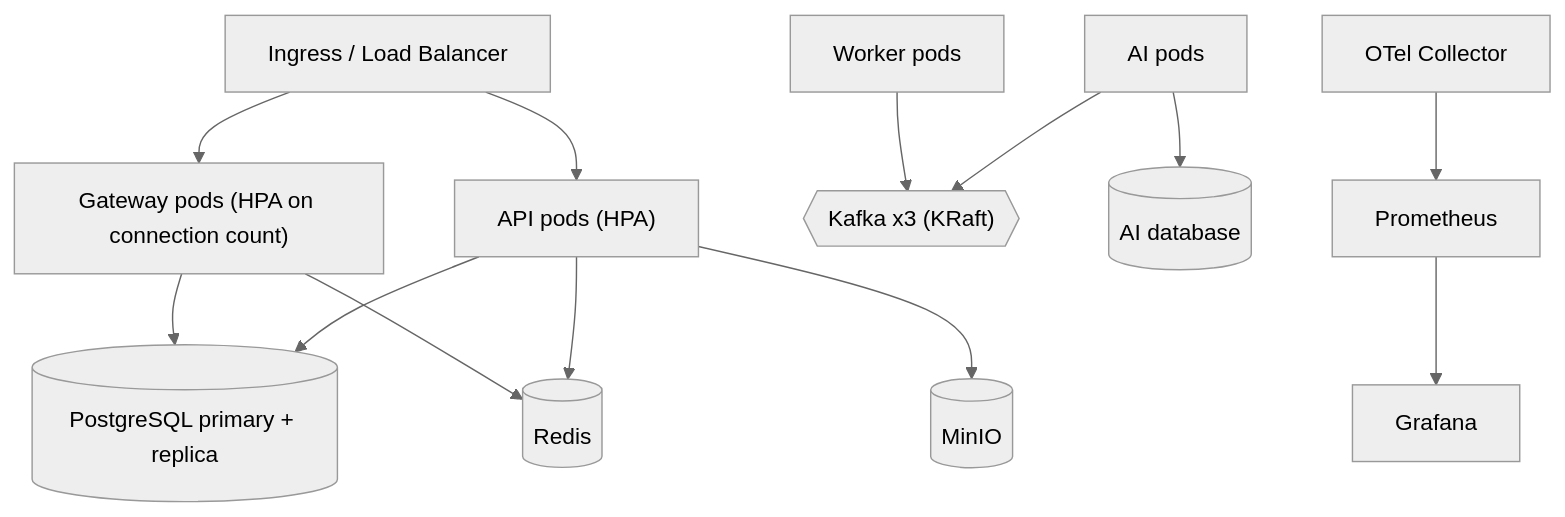
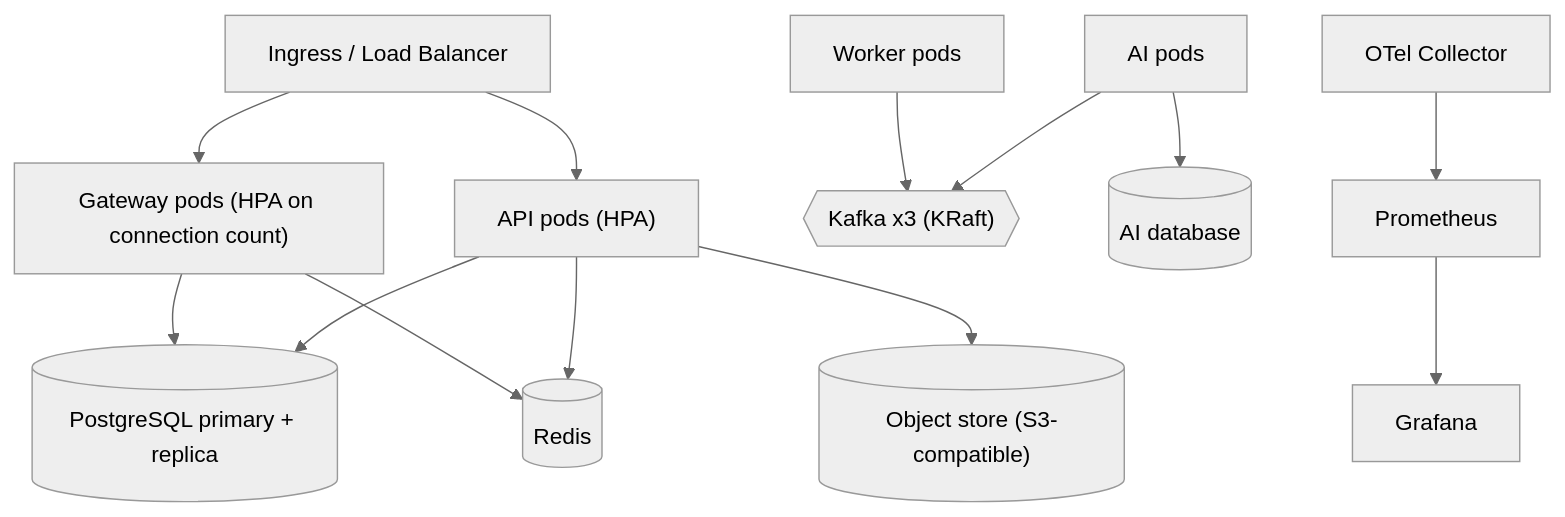
One commit to ShubhamB74/realtime-chat changed the sixth of 6 diagrams in docs/HLD.md. Above: the diagram before and after it, drawn with Mermaid (neutral theme). The commit also changed other lines of this file and 53 other files, not shown here.

````diff
--- a/docs/HLD.md
+++ b/docs/HLD.md
@@ -125,12 +125,12 @@
 ```mermaid
 flowchart TB
   I["Ingress / Load Balancer"] --> GWp["Gateway pods (HPA on connection count)"]
   I --> APIp["API pods (HPA)"]
   GWp & APIp --> PGs[("PostgreSQL primary + replica")]
   GWp & APIp --> RDs[("Redis")]
   WKp["Worker pods"] --> KFs{{"Kafka x3 (KRaft)"}}
   AIp["AI pods"] --> KFs
   AIp --> AIDBs[("AI database")]
-  APIp --> MNs[("MinIO")]
+  APIp --> MNs[("Object store (S3-compatible)")]
   OTel["OTel Collector"] --> PR["Prometheus"] --> GF["Grafana"]
 ```
````
